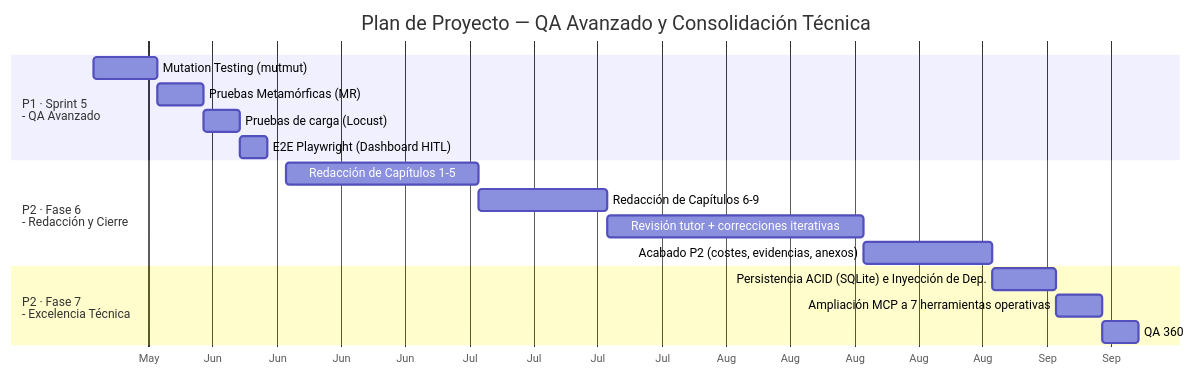
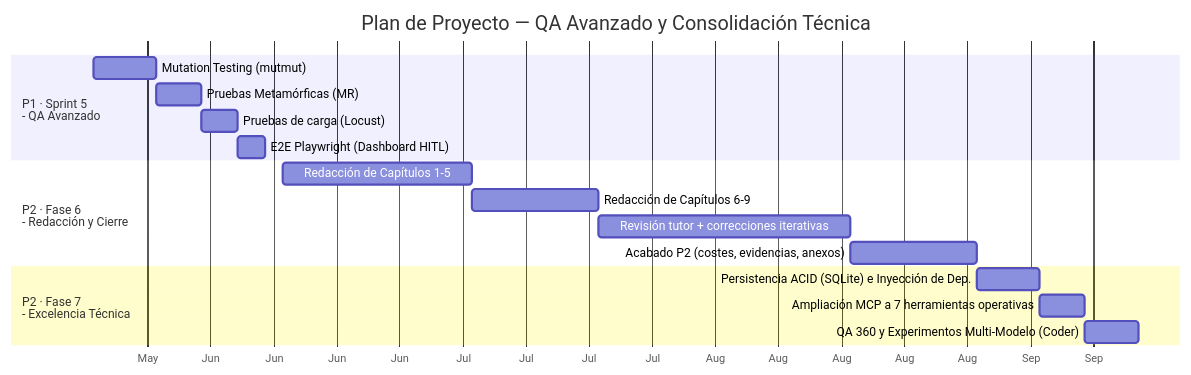
Before and after one commit to JesusSolisOrtega/agentic-deployer: diagram 19 of 19 in TFM_Completo.md, drawn with Mermaid. The commit also changed other lines of this file and 5 other files, not shown here.

Commit message:
docs: integrar revisión final del modelo Qwen Coder y tono académico en capítulos 8, 9, 10 y Anexo B

````diff
--- a/TFM_Completo.md
+++ b/TFM_Completo.md
@@ -2709,23 +2718,23 @@
 ```mermaid
 gantt
   title Plan de Proyecto — QA Avanzado y Consolidación Técnica
   dateFormat YYYY-MM-DD
   axisFormat %b
 
   section P1 · Sprint 5<br>- QA Avanzado
   Mutation Testing (mutmut)           :s5a, 2026-05-25, 7d
   Pruebas Metamórficas (MR)           :s5b, after s5a, 5d
   Pruebas de carga (Locust)           :s5c, after s5b, 4d
   E2E Playwright (Dashboard HITL)        :s5d, after s5c, 3d
 
   section P2 · Fase 6<br>- Redacción y Cierre
   Redacción de Capítulos 1-5           :s6a, 2026-06-15, 21d
   Redacción de Capítulos 6-9           :s6b, after s6a, 14d
   Revisión tutor + correcciones iterativas    :s6c, after s6b, 28d
   Acabado P2 (costes, evidencias, anexos)    :s6d, after s6c, 14d
 
   section P2 · Fase 7<br>- Excelencia Técnica
   Persistencia ACID (SQLite) e Inyección de Dep. :s7a, after s6d, 7d
   Ampliación MCP a 7 herramientas operativas   :s7b, after s7a, 5d
-  QA 360: Mutmut + Pruebas Integración      :s7c, after s7b, 4d
+  QA 360 y Experimentos Multi-Modelo (Coder)   :s7c, after s7b, 6d
 ```
````
